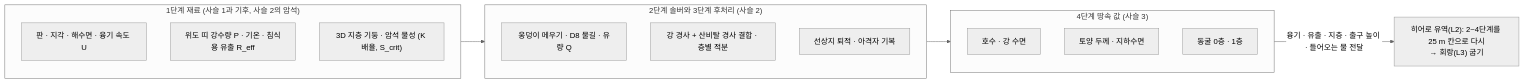
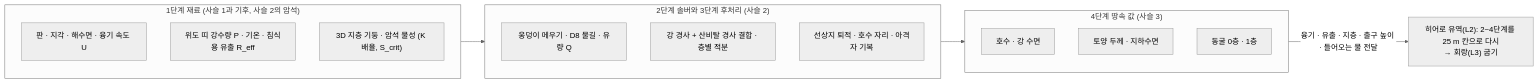
Before and after one commit to CAU-8/B-PCG: the second of 2 diagrams in docs/architecture.md, drawn with Mermaid (neutral theme). The commit also changed other lines of this file and 28 other files, not shown here.

````diff
--- a/docs/architecture.md
+++ b/docs/architecture.md
@@ -111,20 +111,20 @@
 ```mermaid
 flowchart LR
     subgraph C1["1단계 재료 (사슬 1과 기후, 사슬 2의 암석)"]
         T["판 · 지각 · 해수면 · 융기 속도 U"]
         CL["위도 띠 강수량 P · 기온 · 침식용 유출 R_eff"]
         G["3D 지층 기둥 · 암석 물성 (K 배율, S_crit)"]
     end
     subgraph C2["2단계 솔버와 3단계 후처리 (사슬 2)"]
         H["웅덩이 메우기 · D8 물길 · 유량 Q"]
         S["강 경사 + 산비탈 경사 결합 · 층별 적분"]
-        F["선상지 퇴적 · 아격자 기복"]
+        F["선상지 퇴적 · 호수 자리 · 아격자 기복"]
     end
     subgraph C3["4단계 땅속 값 (사슬 3)"]
         W["호수 · 강 수면"]
         WT["토양 두께 · 지하수면"]
         CV["동굴 0층 · 1층"]
     end
     C1 --> C2 --> C3
     C3 -->|"융기 · 유출 · 지층 · 출구 높이 · 들어오는 물 전달"| HERO["히어로 유역(L2): 2~4단계를 25 m 칸으로 다시<br/>→ 회랑(L3) 굽기"]
 ```
````
